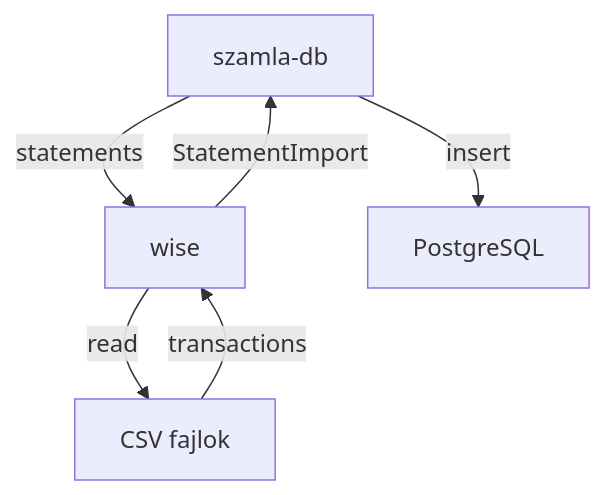
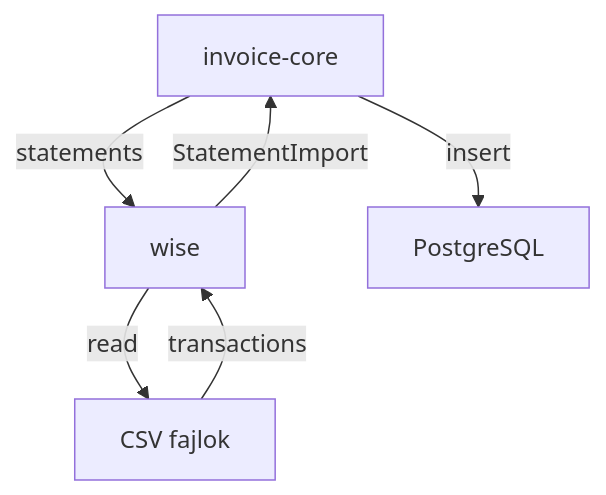
One commit to graphtrek/tiro changed the diagram in moneypenny/wise-spec.md. Above: the diagram before and after it, drawn with Mermaid. The commit also changed other lines of this file and 16 other files, not shown here.

Commit message:
rename szamla-db with invoice-core

````diff
--- a/moneypenny/wise-spec.md
+++ b/moneypenny/wise-spec.md
@@ -96,8 +96,8 @@
 ```mermaid
 flowchart TD
-    SD[szamla-db] -->|statements| W[wise]
+    SD[invoice-core] -->|statements| W[wise]
     W -->|read| CSV[CSV fajlok]
     CSV -->|transactions| W
     W -->|StatementImport| SD
     SD -->|insert| DB[PostgreSQL]
 ```
````
